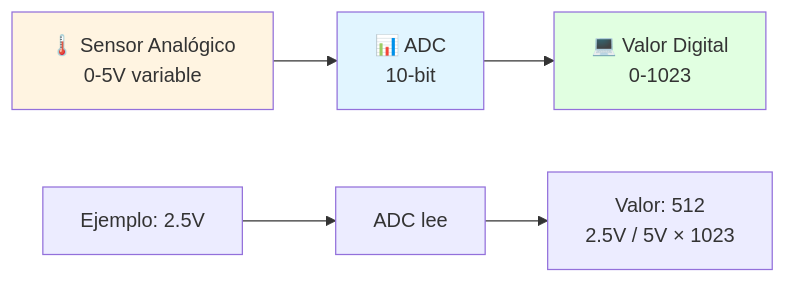
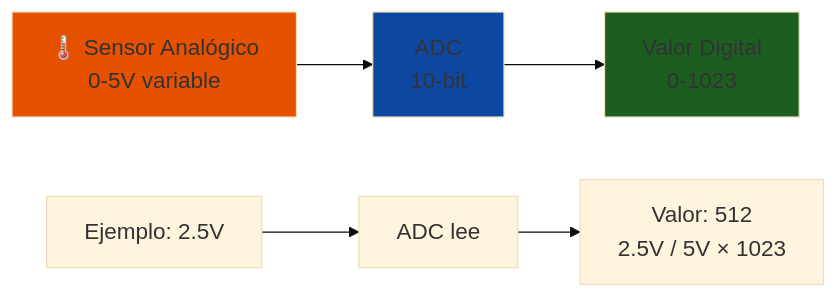
The sixth of 16 diagrams in courses/🟡-development/FPUNA-2026/02-ELECTRONICA-AUTOMATIZACION/03-desarrollo-firmware.md (Ai-Whisperers/Courses-Content), drawn with Mermaid before and after one commit. The commit also changed other lines of this file and 47 other files, not shown here.

First line of the commit message:
fix: Make all 473 diagrams WCAG AAA accessible (FPUNA-2026)

````diff
--- a/courses/🟡-development/FPUNA-2026/02-ELECTRONICA-AUTOMATIZACION/03-desarrollo-firmware.md
+++ b/courses/🟡-development/FPUNA-2026/02-ELECTRONICA-AUTOMATIZACION/03-desarrollo-firmware.md
@@ -290,12 +295,13 @@
 ```mermaid
+%%{init: {'theme':'base', 'themeVariables': {'fontSize':'18px'}}}%%
 graph LR
-    A[🌡️ Sensor Analógico<br/>0-5V variable] --> B[📊 ADC<br/>10-bit]
-    B --> C[💻 Valor Digital<br/>0-1023]
+    A[🌡️ Sensor Analógico<br/>0-5V variable] --> B[ADC<br/>10-bit]
+    B --> C[Valor Digital<br/>0-1023]
     
     D[Ejemplo: 2.5V] --> E[ADC lee]
     E --> F[Valor: 512<br/>2.5V / 5V × 1023]
     
-    style A fill:#FFF4E1
-    style B fill:#E1F5FF
-    style C fill:#E1FFE1
+    style A fill:#e65100
+    style B fill:#0d47a1
+    style C fill:#1b5e20
 ```
````
